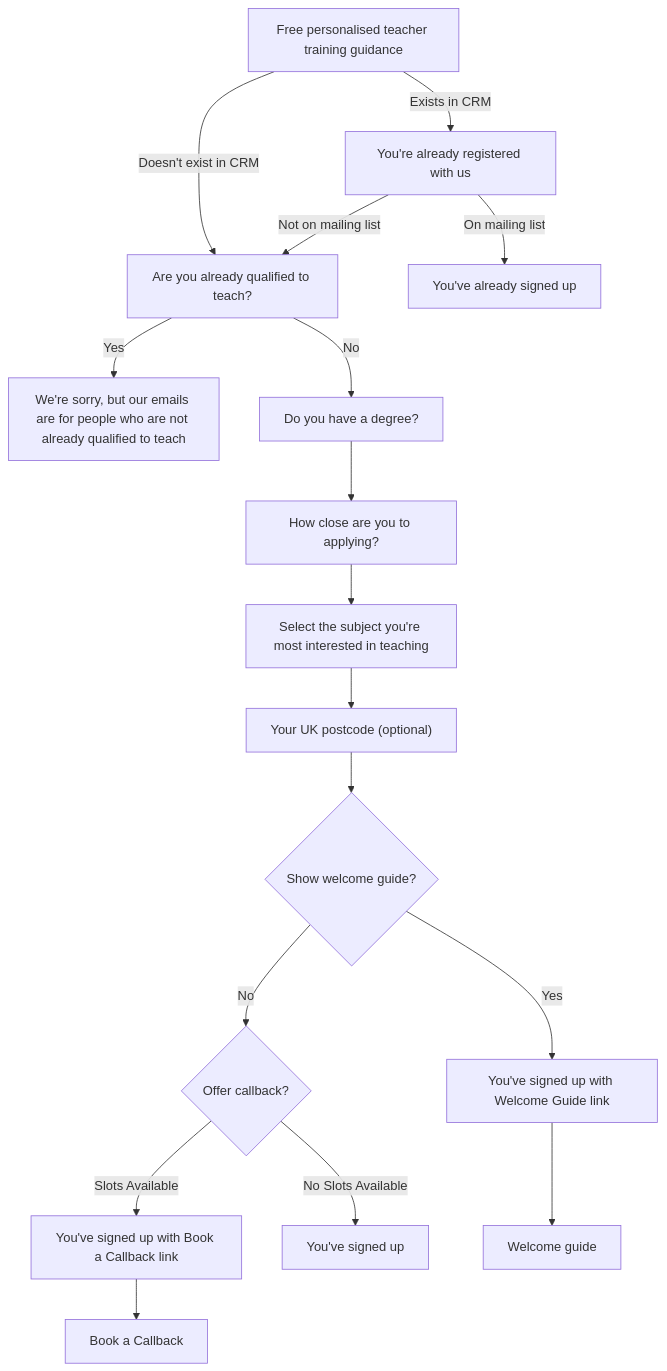
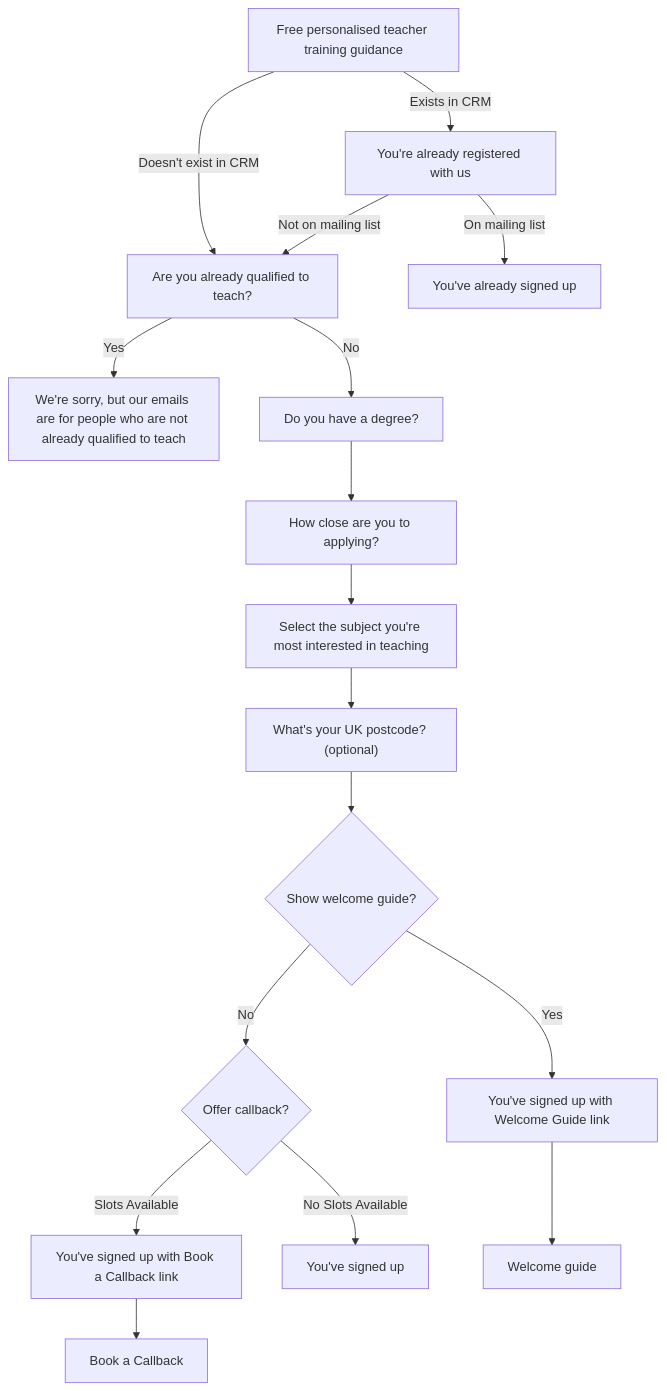
The first of 3 diagrams in docs/sign-up-journeys.md (DFE-Digital/get-into-teaching-app), drawn with Mermaid before and after one commit. The commit also changed 3 other files, not shown here.

````diff
--- a/docs/sign-up-journeys.md
+++ b/docs/sign-up-journeys.md
@@ -7,28 +7,28 @@
 ```mermaid
 graph TD;
   name[Free personalised teacher training guidance] -- Doesn't exist in CRM --> returning_teacher[Are you already qualified to teach?]
   name -- Exists in CRM --> authenticate[You're already registered with us]
   
   returning_teacher -- Yes --> already_qualified[We're sorry, but our emails are for people who are not already qualified to teach]
   returning_teacher -- No --> degree_status[Do you have a degree?]
 
   authenticate -- Not on mailing list --> returning_teacher
   authenticate -- On mailing list --> signed_up_already[You've already signed up]
   degree_status --> teacher_training[How close are you to applying?]
   
   teacher_training --> subject[Select the subject you're most interested in teaching]
 
-  subject --> postcode["Your UK postcode (optional)"]
+  subject --> postcode["What's your UK postcode? (optional)"]
   
   postcode --> show_welcome_guide{Show welcome guide?}
   
   show_welcome_guide -- Yes --> completed_with_welcome_guide[You've signed up with Welcome Guide link]
   show_welcome_guide -- No --> offer_callback{Offer callback?}
   
   offer_callback -- Slots Available --> completed_with_callback["You've signed up with Book a Callback link"]
   offer_callback -- No Slots Available --> completed[You've signed up] 
 
   completed_with_welcome_guide --> welcome_guide[Welcome guide]
 
   completed_with_callback --> book_a_callback[Book a Callback]
 ```
````
